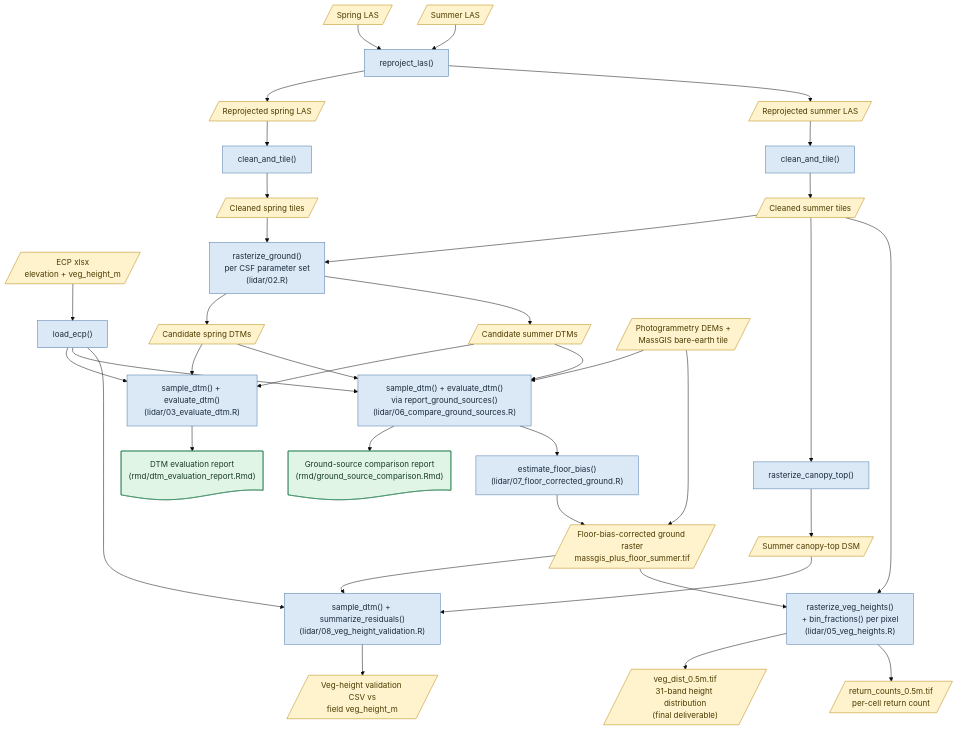
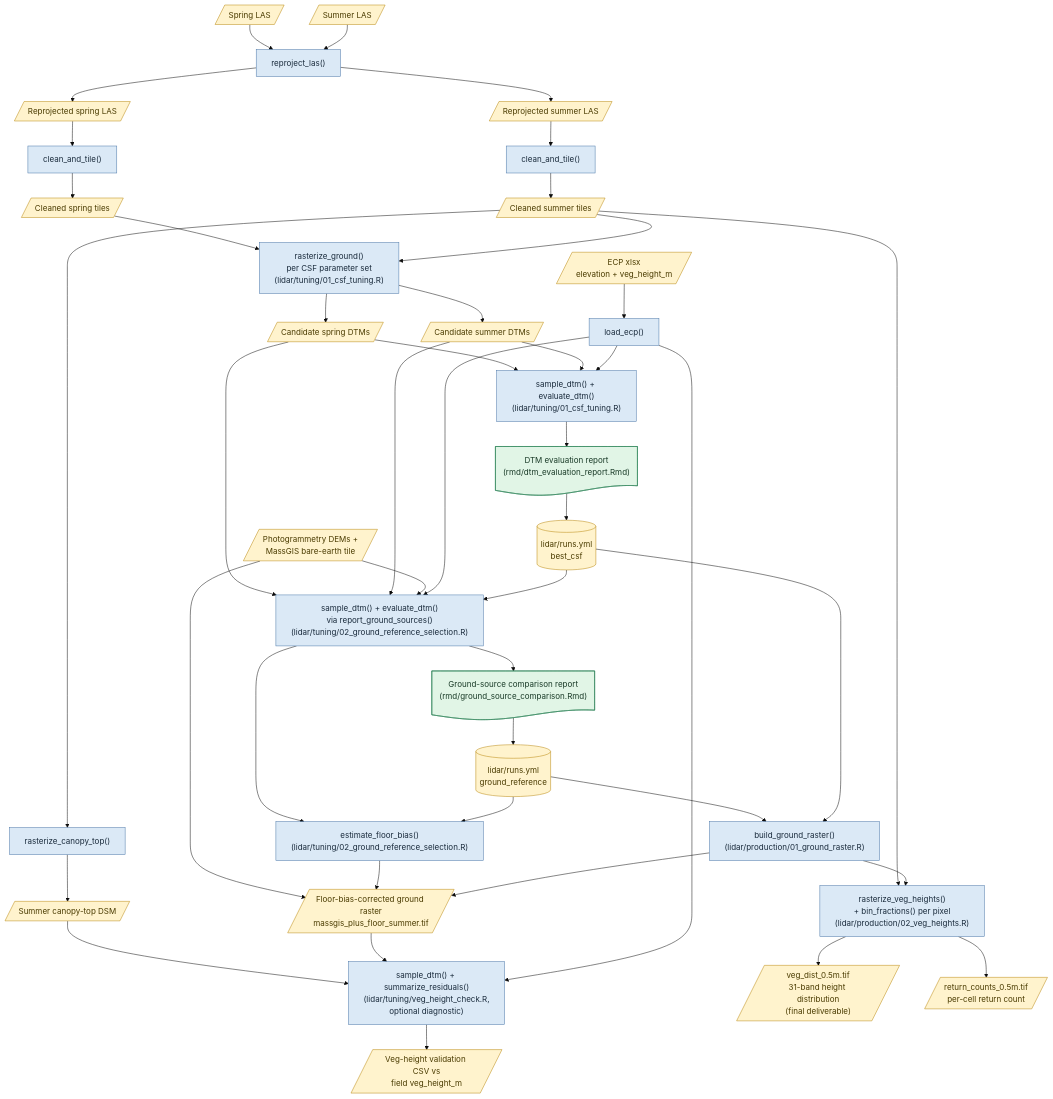
Before and after one commit to UMass-UAS-Salt-Marsh/salt-marsh-work: the diagram in lidar/ARCHITECTURE.md, drawn with Mermaid (base theme). The commit also changed other lines of this file and 23 other files, not shown here.

````diff
--- a/lidar/ARCHITECTURE.md
+++ b/lidar/ARCHITECTURE.md
@@ -230,72 +287,81 @@
 ```mermaid
 flowchart TD
     A1[/"Spring LAS"/]
     A2[/"Summer LAS"/]
     A1 --> B0
     A2 --> B0
     B0["reproject_las()"]
     B0 --> C1[/"Reprojected spring LAS"/]
     B0 --> C2[/"Reprojected summer LAS"/]
 
     C1 --> D1
     C2 --> D2
     D1["clean_and_tile()"]
     D2["clean_and_tile()"]
     D1 --> E1[/"Cleaned spring tiles"/]
     D2 --> E2[/"Cleaned summer tiles"/]
 
     ECP[/"ECP xlsx<br/>elevation + veg_height_m"/]
     LE["load_ecp()"]
     ECP --> LE
 
     E1 --> F
     E2 --> F
-    F["rasterize_ground()<br/>per CSF parameter set<br/>(lidar/02.R)"]
+    F["rasterize_ground()<br/>per CSF parameter set<br/>(lidar/tuning/01_csf_tuning.R)"]
     F --> G1[/"Candidate spring DTMs"/]
     F --> G2[/"Candidate summer DTMs"/]
 
     G1 --> J
     G2 --> J
     LE --> J
-    J["sample_dtm() + evaluate_dtm()<br/>(lidar/03_evaluate_dtm.R)"]
+    J["sample_dtm() + evaluate_dtm()<br/>(lidar/tuning/01_csf_tuning.R)"]
     K@{ shape: doc, label: "DTM evaluation report<br/>(rmd/dtm_evaluation_report.Rmd)" }
     J --> K
+    K --> RUNS[("lidar/runs.yml<br/>best_csf")]
 
     OTHER[/"Photogrammetry DEMs +<br/>MassGIS bare-earth tile"/]
     G1 --> M
     G2 --> M
     OTHER --> M
     LE --> M
-    M["sample_dtm() + evaluate_dtm()<br/>via report_ground_sources()<br/>(lidar/06_compare_ground_sources.R)"]
+    RUNS --> M
+    M["sample_dtm() + evaluate_dtm()<br/>via report_ground_sources()<br/>(lidar/tuning/02_ground_reference_selection.R)"]
     N@{ shape: doc, label: "Ground-source comparison report<br/>(rmd/ground_source_comparison.Rmd)" }
     M --> N
 
     M --> O
     OTHER --> P
-    O["estimate_floor_bias()<br/>(lidar/07_floor_corrected_ground.R)"]
+    O["estimate_floor_bias()<br/>(lidar/tuning/02_ground_reference_selection.R)"]
     O --> P[/"Floor-bias-corrected ground raster<br/>massgis_plus_floor_summer.tif"/]
+    N --> RUNS2[("lidar/runs.yml<br/>ground_reference")]
+    RUNS2 --> O
+
+    RUNS2 --> BGR
+    RUNS --> BGR
+    BGR["build_ground_raster()<br/>(lidar/production/01_ground_raster.R)"]
+    BGR --> P
 
     E2 --> Q
     Q["rasterize_canopy_top()"]
     Q --> R[/"Summer canopy-top DSM"/]
 
     R --> S
     P --> S
     LE --> S
-    S["sample_dtm() + summarize_residuals()<br/>(lidar/08_veg_height_validation.R)"]
+    S["sample_dtm() + summarize_residuals()<br/>(lidar/tuning/veg_height_check.R,<br/>optional diagnostic)"]
     S --> T[/"Veg-height validation CSV vs<br/>field veg_height_m"/]
 
     E2 --> U
-    P --> U
-    U["rasterize_veg_heights()<br/>+ bin_fractions() per pixel<br/>(lidar/05_veg_heights.R)"]
+    BGR --> U
+    U["rasterize_veg_heights()<br/>+ bin_fractions() per pixel<br/>(lidar/production/02_veg_heights.R)"]
     U --> V[/"veg_dist_0.5m.tif<br/>31-band height distribution<br/>(final deliverable)"/]
     U --> W[/"return_counts_0.5m.tif<br/>per-cell return count"/]
 
     classDef process fill:#dbe9f6,stroke:#4a77a8,color:#1a2b3c
     classDef data fill:#fff3cd,stroke:#b8860b,color:#4a3b00
     classDef report fill:#e1f5e6,stroke:#2f855a,color:#1a3b28
 
-    class B0,D1,D2,LE,F,J,M,O,Q,S,U process
-    class A1,A2,C1,C2,E1,E2,ECP,G1,G2,OTHER,P,R,T,V,W data
+    class B0,D1,D2,LE,F,J,M,O,Q,S,U,BGR process
+    class A1,A2,C1,C2,E1,E2,ECP,G1,G2,OTHER,P,R,T,V,W,RUNS,RUNS2 data
     class K,N report
 ```
````
